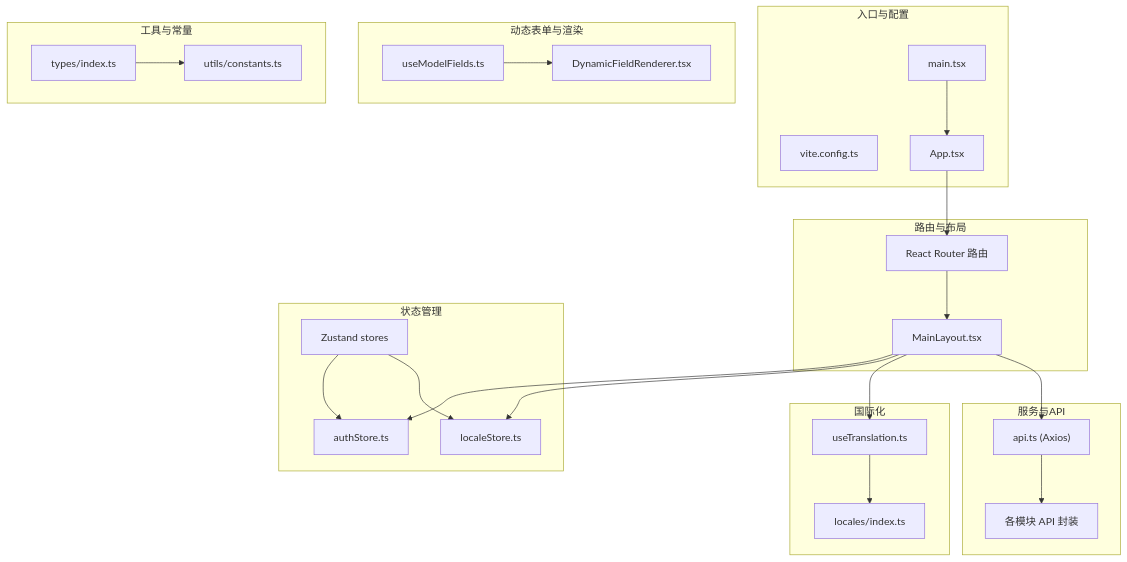
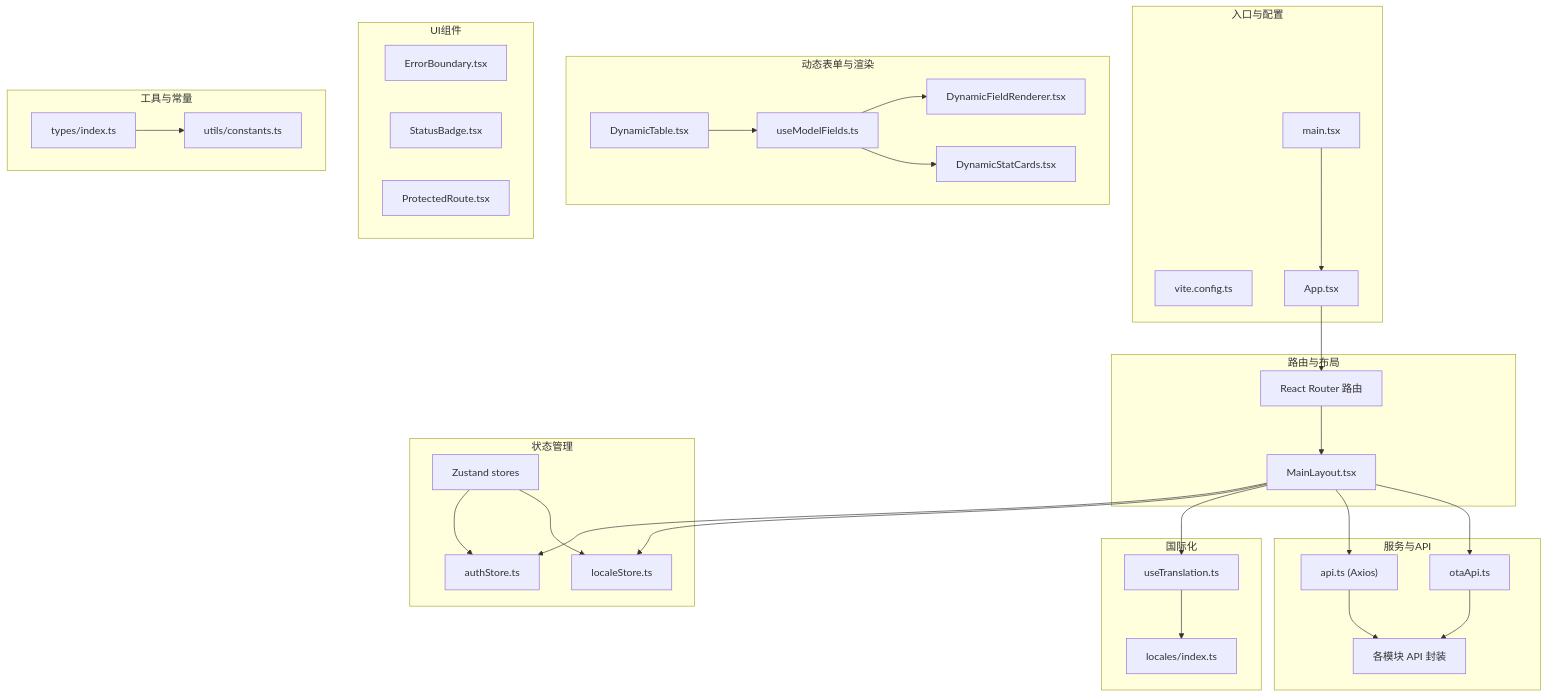
One commit to mcmrzy/cs_inv_monitor-develop changed the first of 10 diagrams in .qoder/repowiki/zh/content/管理后台前端/管理后台前端.md. Above: the diagram before and after it, drawn with Mermaid. The commit also changed other lines of this file and 128 other files, not shown here.

````diff
--- a/.qoder/repowiki/zh/content/管理后台前端/管理后台前端.md
+++ b/.qoder/repowiki/zh/content/管理后台前端/管理后台前端.md
@@ -40,46 +56,58 @@
 ```mermaid
 graph TB
 subgraph "入口与配置"
 VITE["vite.config.ts"]
 MAIN["main.tsx"]
 APP["App.tsx"]
 end
 subgraph "路由与布局"
 ROUTER["React Router 路由"]
 LAYOUT["MainLayout.tsx"]
 end
 subgraph "状态管理"
 ZUSTAND["Zustand stores"]
 AUTH["authStore.ts"]
 LOCALE["localeStore.ts"]
 end
 subgraph "国际化"
 I18N_HOOK["useTranslation.ts"]
 I18N_LOCALES["locales/index.ts"]
 end
 subgraph "服务与API"
 AXIOS["api.ts (Axios)"]
+OTAAPI["otaApi.ts"]
 SERVICES["各模块 API 封装"]
 end
 subgraph "动态表单与渲染"
 DYN_FIELD["DynamicFieldRenderer.tsx"]
+DYN_STATS["DynamicStatCards.tsx"]
+DYN_TABLE["DynamicTable.tsx"]
 DYN_FIELDS["useModelFields.ts"]
+end
+subgraph "UI组件"
+ERROR_BOUNDARY["ErrorBoundary.tsx"]
+STATUS_BADGE["StatusBadge.tsx"]
+PROTECTED_ROUTE["ProtectedRoute.tsx"]
 end
 subgraph "工具与常量"
 TYPES["types/index.ts"]
 CONSTS["utils/constants.ts"]
 end
 MAIN --> APP
 APP --> ROUTER
 ROUTER --> LAYOUT
 LAYOUT --> AUTH
 LAYOUT --> LOCALE
 LAYOUT --> I18N_HOOK
 I18N_HOOK --> I18N_LOCALES
 LAYOUT --> AXIOS
+LAYOUT --> OTAAPI
 DYN_FIELDS --> DYN_FIELD
+DYN_FIELDS --> DYN_STATS
+DYN_TABLE --> DYN_FIELDS
 AXIOS --> SERVICES
+OTAAPI --> SERVICES
 ZUSTAND --> AUTH
 ZUSTAND --> LOCALE
 TYPES --> CONSTS
 ```
````
